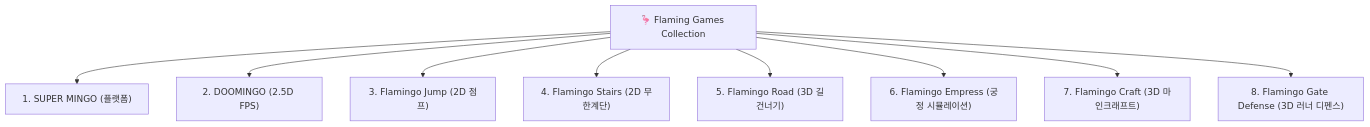
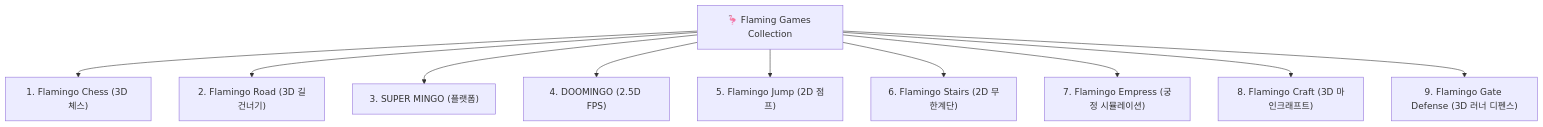
Before and after one commit to flam-ing/flaming-games: the diagram in README.md, drawn with Mermaid. The commit also changed other lines of this file and 2 other files, not shown here.

Commit message:
Merge flamingo-chess to games collection, place Chess as 1 and Road as 2

````diff
--- a/README.md
+++ b/README.md
@@ -15,11 +15,12 @@
 ```mermaid
 graph TD
-    A["🦩 Flaming Games Collection"] --> B["1. SUPER MINGO (플랫폼)"]
-    A --> C["2. DOOMINGO (2.5D FPS)"]
-    A --> D["3. Flamingo Jump (2D 점프)"]
-    A --> E["4. Flamingo Stairs (2D 무한계단)"]
-    A --> F["5. Flamingo Road (3D 길건너기)"]
-    A --> G["6. Flamingo Empress (궁정 시뮬레이션)"]
-    A --> H["7. Flamingo Craft (3D 마인크래프트)"]
-    A --> I["8. Flamingo Gate Defense (3D 러너 디펜스)"]
+    A["🦩 Flaming Games Collection"] --> B["1. Flamingo Chess (3D 체스)"]
+    A --> C["2. Flamingo Road (3D 길건너기)"]
+    A --> D["3. SUPER MINGO (플랫폼)"]
+    A --> E["4. DOOMINGO (2.5D FPS)"]
+    A --> F["5. Flamingo Jump (2D 점프)"]
+    A --> G["6. Flamingo Stairs (2D 무한계단)"]
+    A --> H["7. Flamingo Empress (궁정 시뮬레이션)"]
+    A --> I["8. Flamingo Craft (3D 마인크래프트)"]
+    A --> J["9. Flamingo Gate Defense (3D 러너 디펜스)"]
 ```
````
